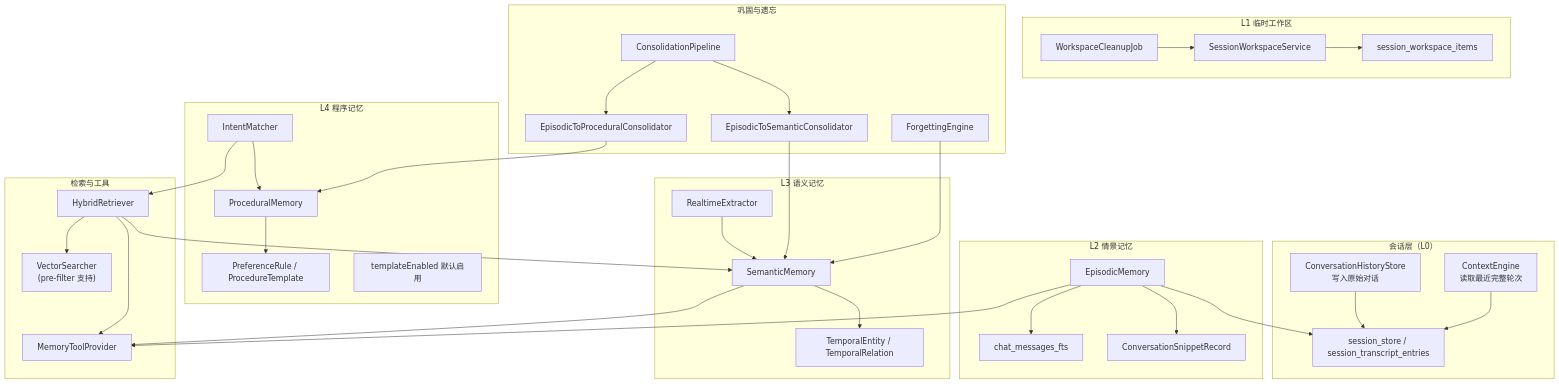
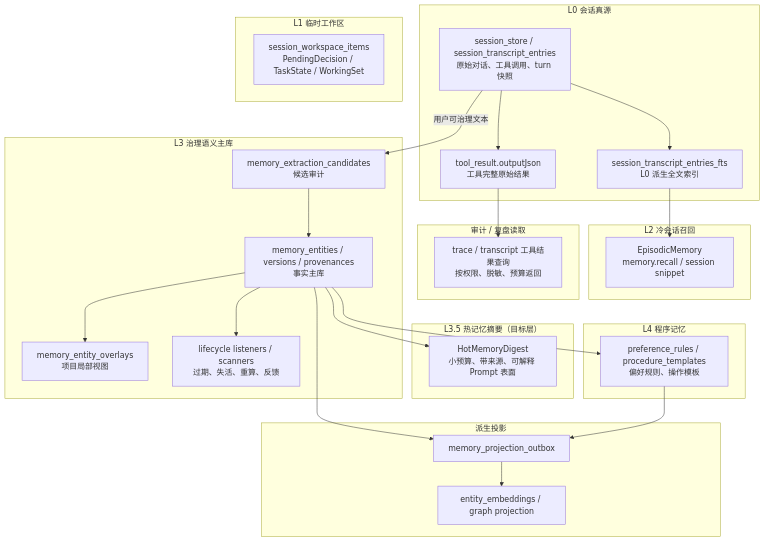
One commit to ntygod/LifePilot changed the first of 2 diagrams in docs/architecture/memory-system.md. Above: the diagram before and after it, drawn with Mermaid. The commit also changed other lines of this file and 385 other files, not shown here.

````diff
--- a/docs/architecture/memory-system.md
+++ b/docs/architecture/memory-system.md
@@ -21,68 +80,52 @@
 ```mermaid
-graph TB
-    subgraph "会话层（L0）"
-        CHS["ConversationHistoryStore<br/>写入原始对话"]
-        CE["ContextEngine<br/>读取最近完整轮次"]
-        CMS["session_store / session_transcript_entries"]
-        CHS --> CMS
-        CE --> CMS
+flowchart TB
+    subgraph L0["L0 会话真源"]
+        Transcript["session_store / session_transcript_entries<br/>原始对话、工具调用、turn 快照"]
+        FTS["session_transcript_entries_fts<br/>L0 派生全文索引"]
+        ToolRaw["tool_result.outputJson<br/>工具完整原始结果"]
     end
 
-    subgraph "L1 临时工作区"
-        SWS["SessionWorkspaceService"]
-        WCJ["WorkspaceCleanupJob"]
-        SWI["session_workspace_items"]
-        SWS --> SWI
-        WCJ --> SWS
+    subgraph L1["L1 临时工作区"]
+        Workspace["session_workspace_items<br/>PendingDecision / TaskState / WorkingSet"]
     end
 
-    subgraph "L2 情景记忆"
-        EM["EpisodicMemory"]
-        FTS["chat_messages_fts"]
-        CSR["ConversationSnippetRecord"]
-        EM --> CMS
-        EM --> FTS
-        EM --> CSR
+    subgraph L2["L2 冷会话召回"]
+        Episodic["EpisodicMemory<br/>memory.recall / session snippet"]
     end
 
-    subgraph "L3 语义记忆"
-        SM["SemanticMemory"]
-        RE["RealtimeExtractor"]
-        TE["TemporalEntity / TemporalRelation"]
-        RE --> SM
-        SM --> TE
+    subgraph TraceRead["审计 / 复盘读取"]
+        ToolReplay["trace / transcript 工具结果查询<br/>按权限、脱敏、预算返回"]
     end
 
-    subgraph "L4 程序记忆"
-        PM["ProceduralMemory"]
-        IM["IntentMatcher"]
-        PR["PreferenceRule / ProcedureTemplate"]
-        IM --> PM
-        PM --> PR
-        Note["templateEnabled 默认启用"]
+    subgraph L3["L3 治理语义主库"]
+        Candidates["memory_extraction_candidates<br/>候选审计"]
+        Entities["memory_entities / versions / provenances<br/>事实主库"]
+        Overlays["memory_entity_overlays<br/>项目局部视图"]
+        Lifecycle["lifecycle listeners / scanners<br/>过期、失活、重算、反馈"]
     end
 
-    subgraph "检索与工具"
-        HR["HybridRetriever"]
-        MTP["MemoryToolProvider"]
-        VS["VectorSearcher<br/>(pre-filter 支持)"]
-        HR --> SM
-        HR --> VS
-        IM --> HR
-        EM --> MTP
-        HR --> MTP
-        SM --> MTP
+    subgraph L35["L3.5 热记忆摘要（目标层）"]
+        HotDigest["HotMemoryDigest<br/>小预算、带来源、可解释 Prompt 表面"]
     end
 
-    subgraph "巩固与遗忘"
-        CP["ConsolidationPipeline"]
-        FE["ForgettingEngine"]
-        ECS["EpisodicToSemanticConsolidator"]
-        ECP["EpisodicToProceduralConsolidator"]
-        CP --> ECS
-        CP --> ECP
-        ECS --> SM
-        ECP --> PM
-        FE --> SM
+    subgraph L4["L4 程序记忆"]
+        Procedure["preference_rules / procedure_templates<br/>偏好规则、操作模板"]
     end
+
+    subgraph Projection["派生投影"]
+        Outbox["memory_projection_outbox"]
+        Vector["entity_embeddings / graph projection"]
+    end
+
+    Transcript --> FTS --> Episodic
+    Transcript --> ToolRaw --> ToolReplay
+    Transcript -->|用户可治理文本| Candidates
+    Candidates --> Entities
+    Entities --> Overlays
+    Entities --> Lifecycle
+    Entities --> HotDigest
+    Entities --> Procedure
+    Entities --> Outbox
+    Procedure --> Outbox
+    Outbox --> Vector
 ```
````
